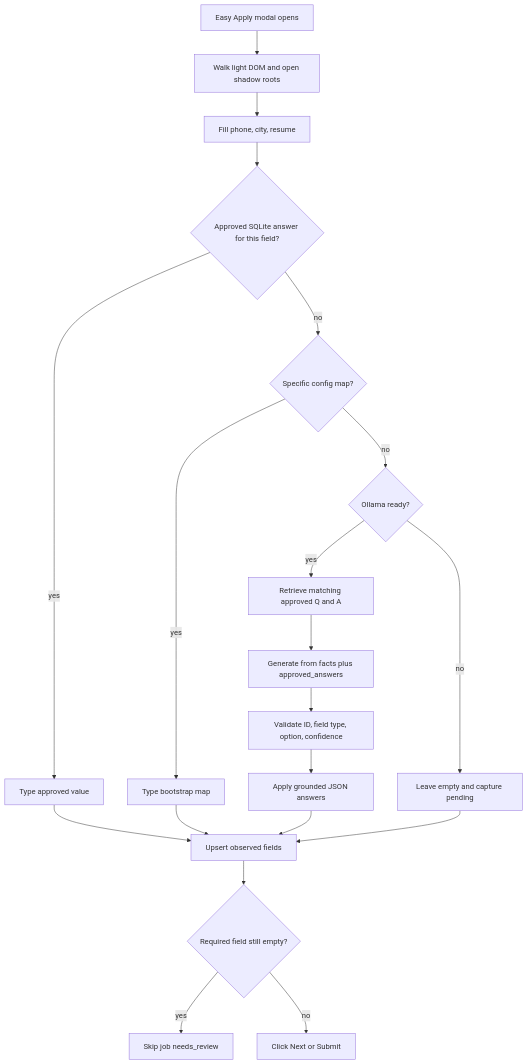
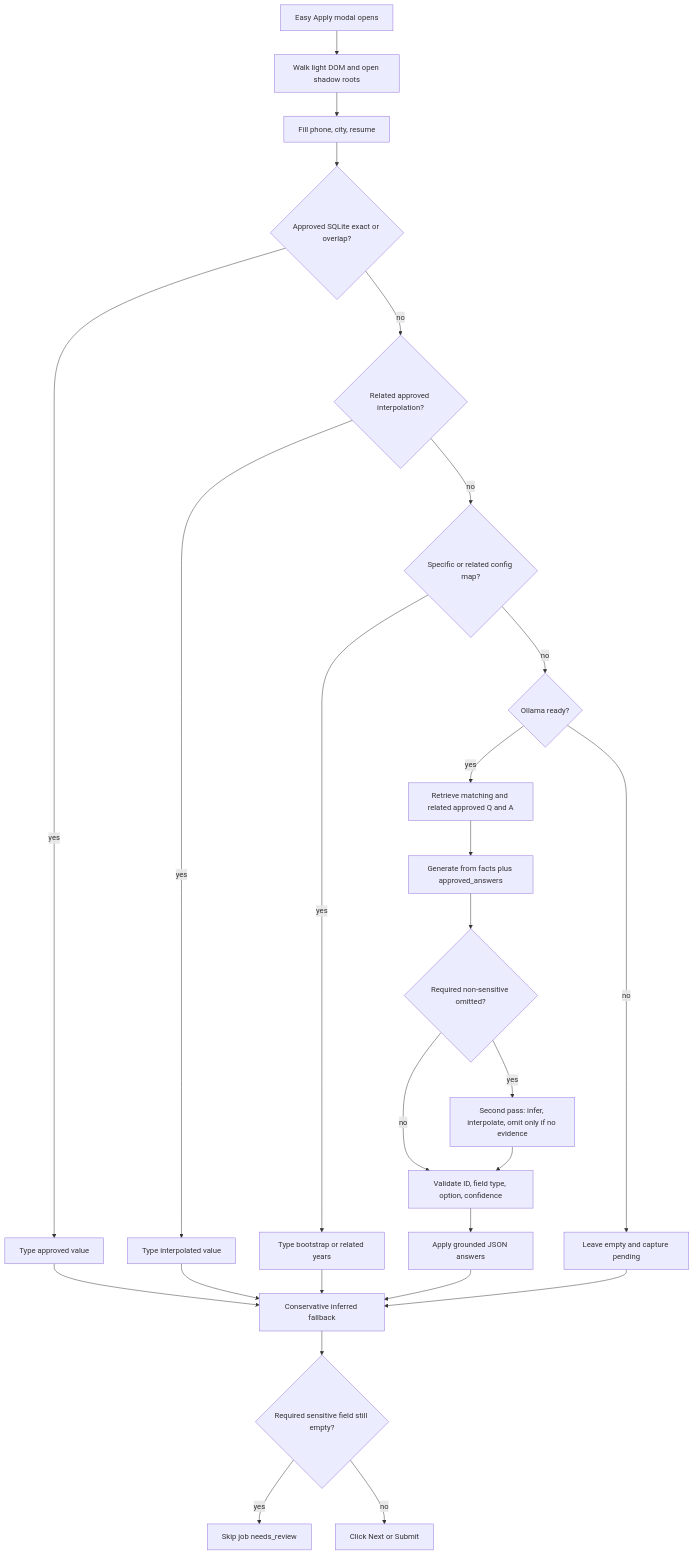
One commit to TapiwaChikwenya/linkedin-application-bot changed the first of 10 diagrams in docs/llm.md. Above: the diagram before and after it, drawn with Mermaid. The commit also changed other lines of this file and 39 other files, not shown here.

````diff
--- a/docs/llm.md
+++ b/docs/llm.md
@@ -70,22 +83,28 @@
 ```mermaid
 flowchart TD
   A[Easy Apply modal opens] --> B[Walk light DOM and open shadow roots]
   B --> C[Fill phone, city, resume]
-  C --> D{Approved SQLite answer for this field?}
+  C --> D{Approved SQLite exact or overlap?}
   D -->|yes| E[Type approved value]
-  D -->|no| F{Specific config map?}
-  F -->|yes| G[Type bootstrap map]
+  D -->|no| DI{Related approved interpolation?}
+  DI -->|yes| DJ[Type interpolated value]
+  DI -->|no| F{Specific or related config map?}
+  F -->|yes| G[Type bootstrap or related years]
   F -->|no| H{Ollama ready?}
   H -->|no| I[Leave empty and capture pending]
-  H -->|yes| J[Retrieve matching approved Q and A]
+  H -->|yes| J[Retrieve matching and related approved Q and A]
   J --> K[Generate from facts plus approved_answers]
-  K --> L[Validate ID, field type, option, confidence]
+  K --> K2{Required non-sensitive omitted?}
+  K2 -->|yes| K3[Second pass: infer, interpolate, omit only if no evidence]
+  K2 -->|no| L[Validate ID, field type, option, confidence]
+  K3 --> L
   L --> M[Apply grounded JSON answers]
-  E --> N[Upsert observed fields]
+  E --> N[Conservative inferred fallback]
+  DJ --> N
   G --> N
   M --> N
   I --> N
-  N --> P{Required field still empty?}
+  N --> P{Required sensitive field still empty?}
   P -->|yes| Q[Skip job needs_review]
   P -->|no| O[Click Next or Submit]
 ```
````
